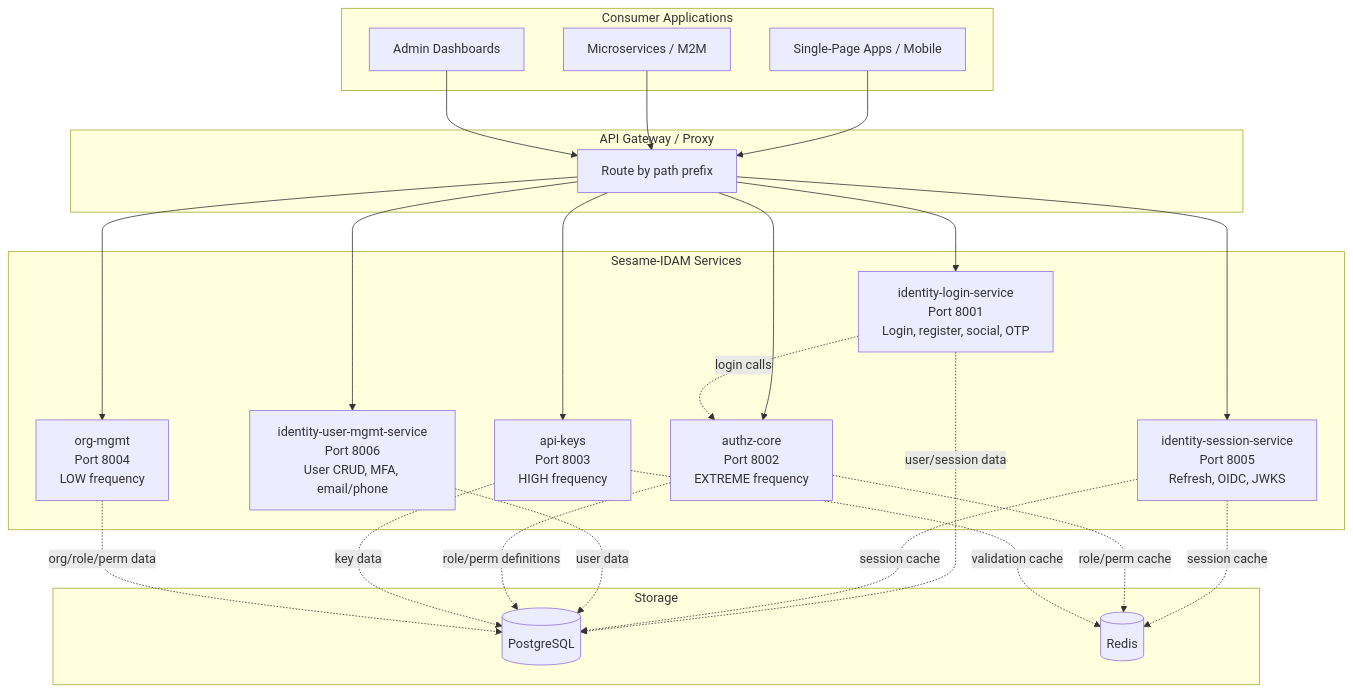
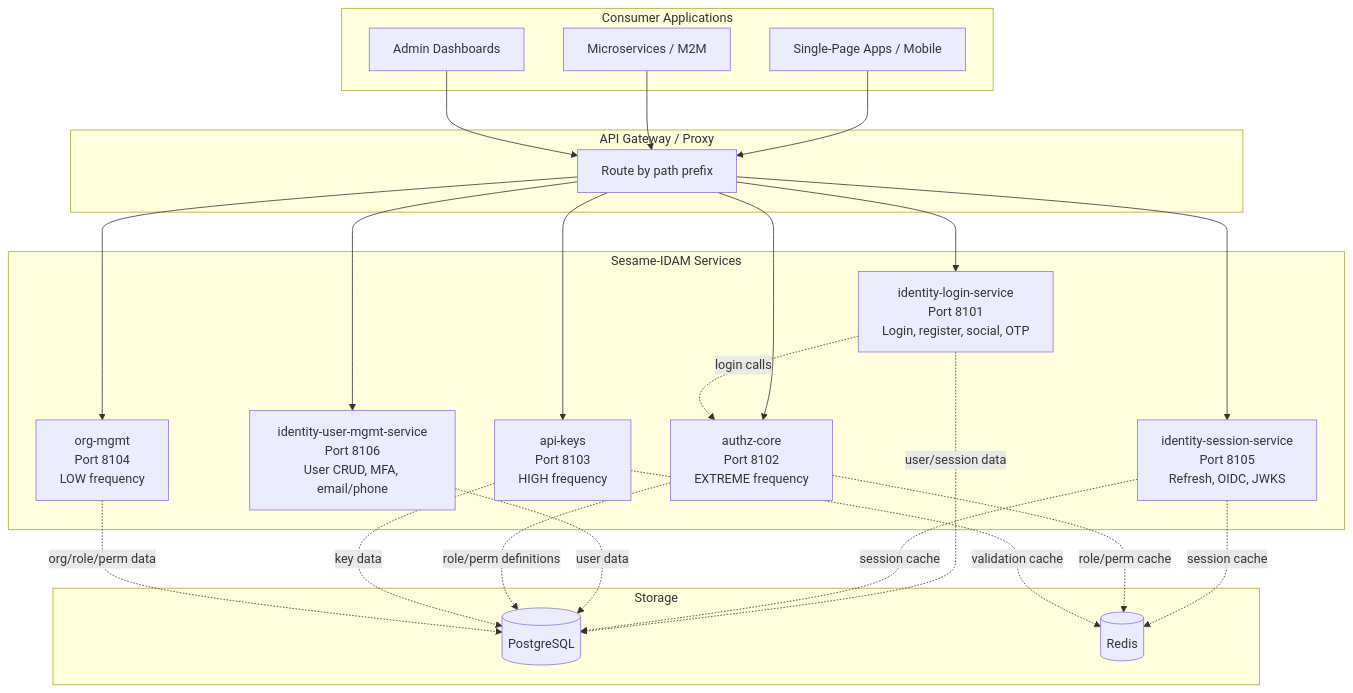
Before and after one commit to microscaler/sesame-idam: the first of 2 diagrams in README.md, drawn with Mermaid. The commit also changed 253 other files, not shown here.

````diff
--- a/README.md
+++ b/README.md
@@ -52,47 +52,47 @@
 ```mermaid
 graph TB
     subgraph "Consumer Applications"
         SPA[Single-Page Apps / Mobile]
         Microsvc[Microservices / M2M]
         Admin[Admin Dashboards]
     end
 
     subgraph "API Gateway / Proxy"
         Proxy[Route by path prefix]
     end
 
     subgraph "Sesame-IDAM Services"
-        IL[identity-login-service<br/>Port 8001<br/>Login, register, social, OTP]
-        IS[identity-session-service<br/>Port 8005<br/>Refresh, OIDC, JWKS]
-        IU[identity-user-mgmt-service<br/>Port 8006<br/>User CRUD, MFA, email/phone]
-        AC[authz-core<br/>Port 8002<br/>EXTREME frequency]
-        AK[api-keys<br/>Port 8003<br/>HIGH frequency]
-        OM[org-mgmt<br/>Port 8004<br/>LOW frequency]
+        IL[identity-login-service<br/>Port 8101<br/>Login, register, social, OTP]
+        IS[identity-session-service<br/>Port 8105<br/>Refresh, OIDC, JWKS]
+        IU[identity-user-mgmt-service<br/>Port 8106<br/>User CRUD, MFA, email/phone]
+        AC[authz-core<br/>Port 8102<br/>EXTREME frequency]
+        AK[api-keys<br/>Port 8103<br/>HIGH frequency]
+        OM[org-mgmt<br/>Port 8104<br/>LOW frequency]
     end
 
     subgraph "Storage"
         PG[(PostgreSQL)]
         Redis[(Redis)]
     end
 
     SPA --> Proxy
     Microsvc --> Proxy
     Admin --> Proxy
     Proxy --> IL
     Proxy --> IS
     Proxy --> IU
     Proxy --> AC
     Proxy --> AK
     Proxy --> OM
 
     IL -. login calls .-> AC
     IS -. session cache .-> Redis
     AC -. role/perm cache .-> Redis
     AK -. validation cache .-> Redis
     IL -. user/session data .-> PG
     IS -. session cache .-> PG
     IU -. user data .-> PG
     AC -. role/perm definitions .-> PG
     AK -. key data .-> PG
     OM -. org/role/perm data .-> PG
 ```
````
